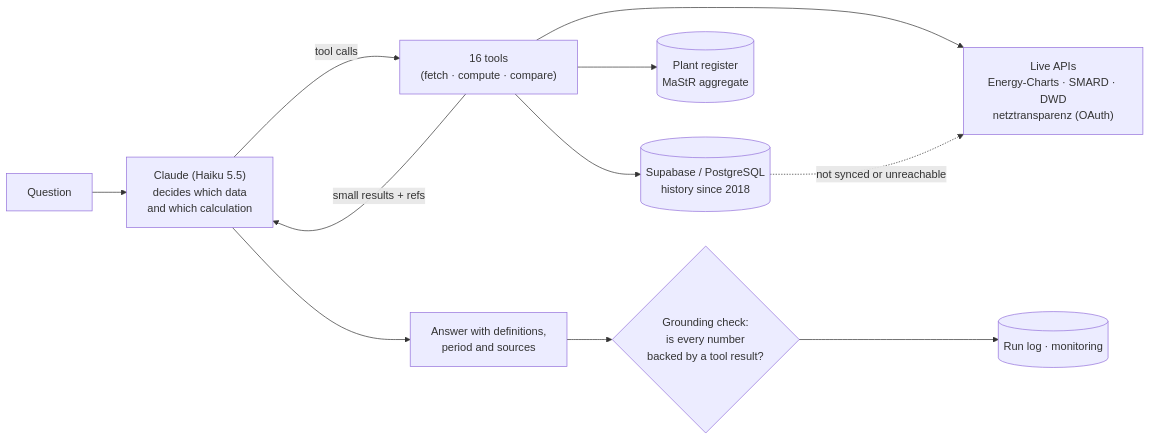
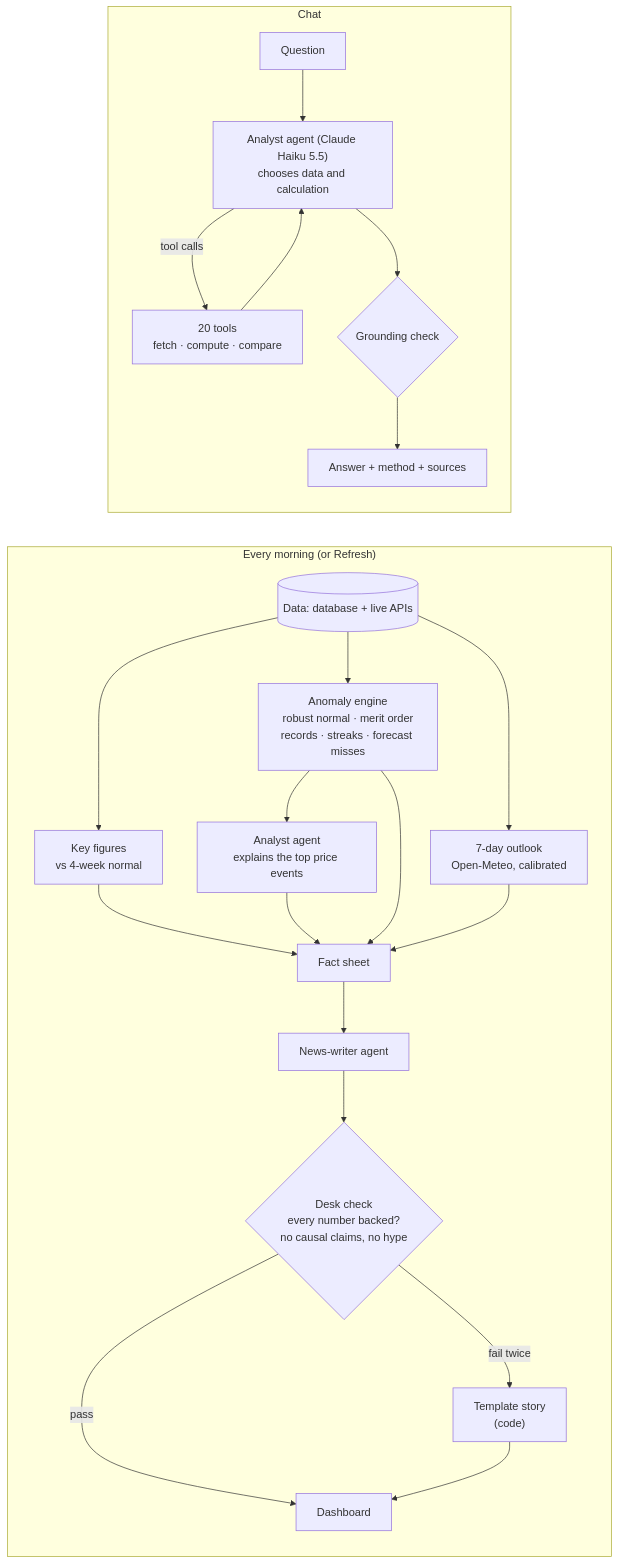
Before and after one commit to msibz1712/gridagent: the diagram in README.md, drawn with Mermaid. The commit also changed other lines of this file and 4 other files, not shown here.

````diff
--- a/README.md
+++ b/README.md
@@ -65,13 +67,17 @@
 ```mermaid
 flowchart LR
-    Q[Question] --> M["Claude (Haiku 5.5)<br/>decides which data<br/>and which calculation"]
-    M -- tool calls --> T["16 tools<br/>(fetch · compute · compare)"]
-    T --> D[("Supabase / PostgreSQL<br/>history since 2018")]
-    T --> L["Live APIs<br/>Energy-Charts · SMARD · DWD<br/>netztransparenz (OAuth)"]
-    T --> R[("Plant register<br/>MaStR aggregate")]
-    D -. not synced or unreachable .-> L
-    T -- "small results + refs" --> M
-    M --> A["Answer with definitions,<br/>period and sources"]
-    A --> G{"Grounding check:<br/>is every number<br/>backed by a tool result?"}
-    G --> LOG[(Run log · monitoring)]
+    subgraph Morning["Every morning (or Refresh)"]
+      D1[(Data: database + live APIs)] --> F["Key figures<br/>vs 4-week normal"]
+      D1 --> AN["Anomaly engine<br/>robust normal · merit order<br/>records · streaks · forecast misses"]
+      D1 --> W["7-day outlook<br/>Open-Meteo, calibrated"]
+      AN --> X["Analyst agent<br/>explains the top price events"]
+      F & AN & W & X --> S["Fact sheet"] --> NW["News-writer agent"] --> DC{"Desk check<br/>every number backed?<br/>no causal claims, no hype"}
+      DC -- pass --> P[Dashboard]
+      DC -- fail twice --> T["Template story<br/>(code)"] --> P
+    end
+    subgraph Chat
+      Q[Question] --> M["Analyst agent (Claude Haiku 5.5)<br/>chooses data and calculation"]
+      M -- tool calls --> TL["20 tools<br/>fetch · compute · compare"] --> M
+      M --> G{"Grounding check"} --> A[Answer + method + sources]
+    end
 ```
````
